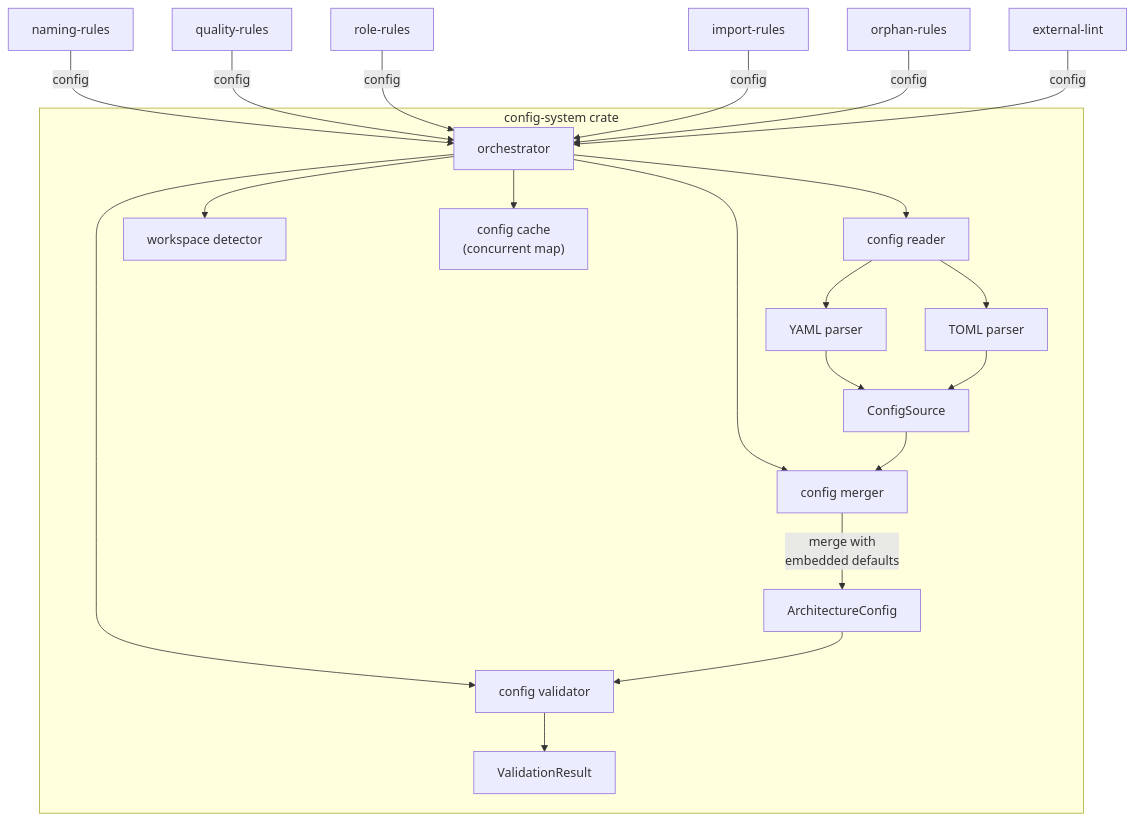
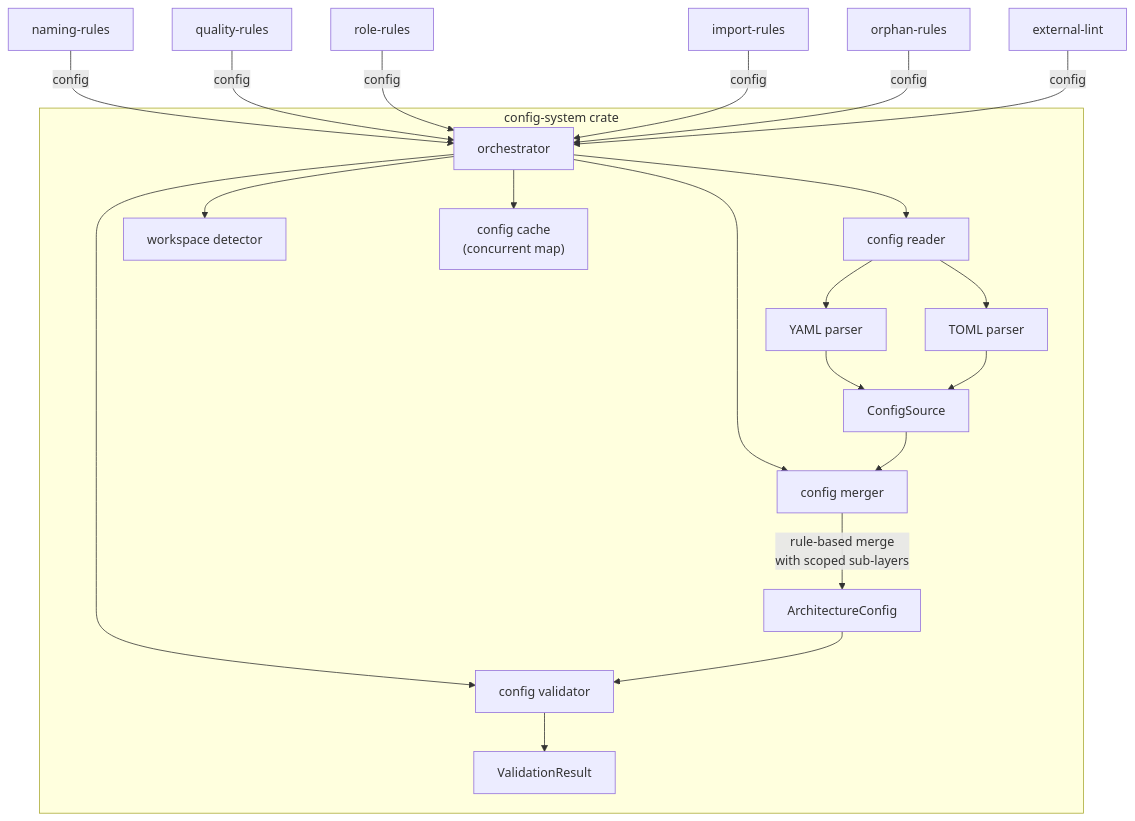
The diagram in crates/config-system/FRD.md (rakaarwaky/lint-arwaky), drawn with Mermaid before and after one commit. The commit also changed other lines of this file and 60 other files, not shown here.

First line of the commit message:
feat(graph-loop): Implement state manager and trigger scanner for pipeline orchestration

````diff
--- a/crates/config-system/FRD.md
+++ b/crates/config-system/FRD.md
@@ -13,27 +13,27 @@
 ```mermaid
 flowchart TD
     subgraph CS ["config-system crate"]
         A["orchestrator"] --> B["config reader"]
         A --> C["config merger"]
         A --> D["config validator"]
         A --> E["workspace detector"]
         A --> F["config cache\n(concurrent map)"]
 
         B --> G["YAML parser"]
         B --> H["TOML parser"]
         G --> I["ConfigSource"]
         H --> I
         I --> C
-        C -->|"merge with\nembedded defaults"| J["ArchitectureConfig"]
+        C -->|"rule-based merge\nwith scoped sub-layers"| J["ArchitectureConfig"]
         J --> D
         D --> K["ValidationResult"]
     end
 
     L["naming-rules"] -->|"config"| A
     M["quality-rules"] -->|"config"| A
     N["role-rules"] -->|"config"| A
     O["import-rules"] -->|"config"| A
     P["orphan-rules"] -->|"config"| A
     Q["external-lint"] -->|"config"| A
 
 ```
````
